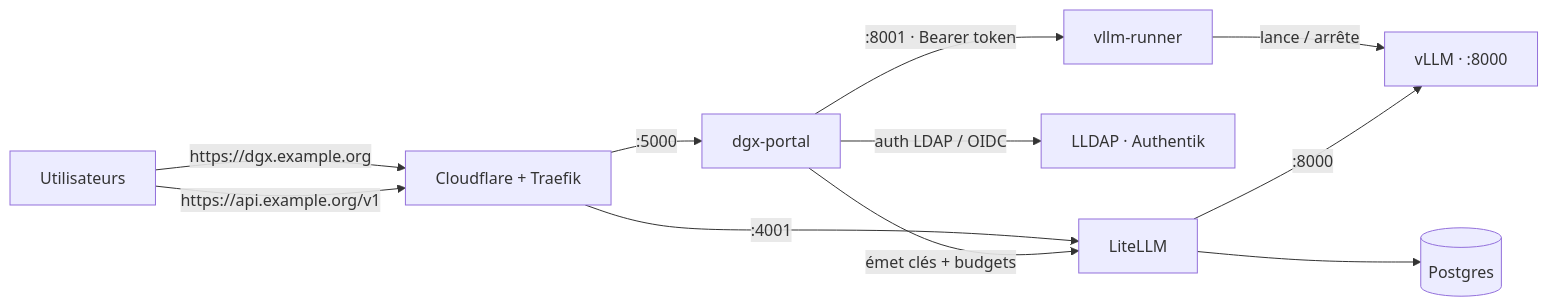
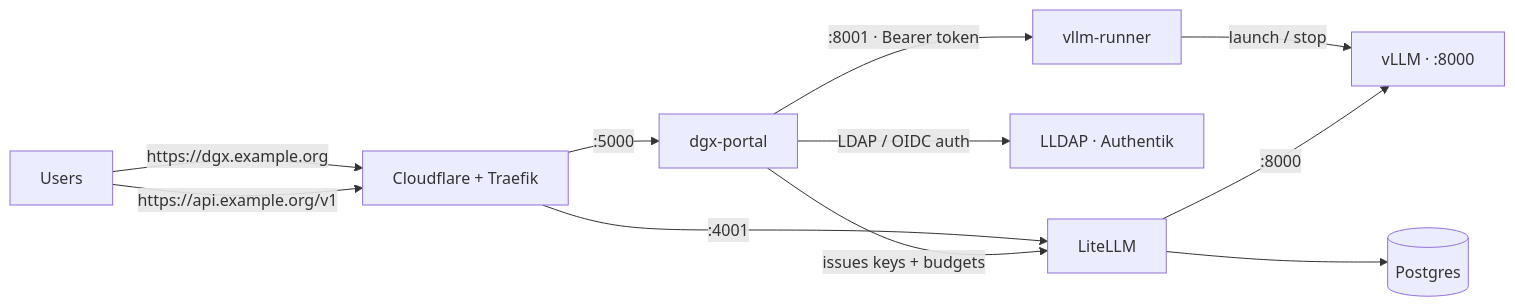
Before and after one commit to Sunderrrr/dgx-spark-llm-platform: the diagram in README.md, drawn with Mermaid. The commit also changed other lines of this file and 1 other file, not shown here.

````diff
--- a/README.md
+++ b/README.md
@@ -13,13 +23,13 @@
 ```mermaid
 flowchart LR
-  U[Utilisateurs] -->|https://dgx.example.org| CF[Cloudflare + Traefik]
+  U[Users] -->|https://dgx.example.org| CF[Cloudflare + Traefik]
   U -->|https://api.example.org/v1| CF
   CF -->|:5000| P[dgx-portal]
   CF -->|:4001| L[LiteLLM]
-  P -->|auth LDAP / OIDC| IDP[LLDAP · Authentik]
-  P -->|émet clés + budgets| L
+  P -->|LDAP / OIDC auth| IDP[LLDAP · Authentik]
+  P -->|issues keys + budgets| L
   P -->|:8001 · Bearer token| R[vllm-runner]
-  R -->|lance / arrête| V[vLLM · :8000]
+  R -->|launch / stop| V[vLLM · :8000]
   L -->|:8000| V
   L --> PG[(Postgres)]
 ```
````
